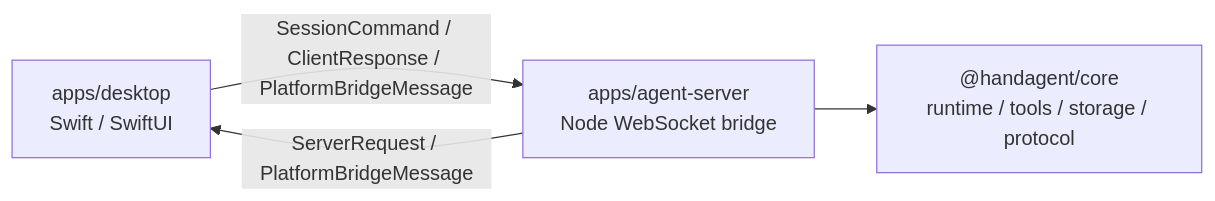
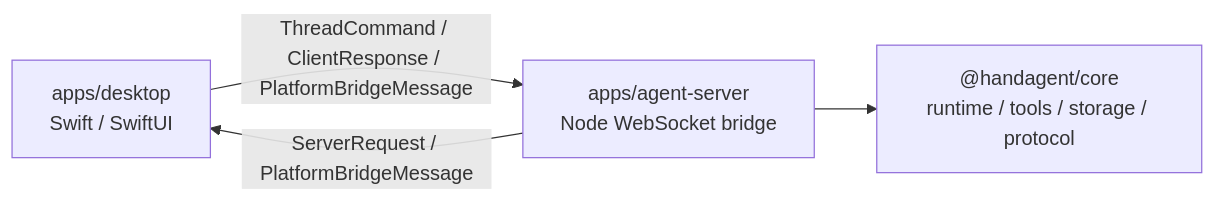
Before and after one commit to Lixuhang987/SpotAgent: the first of 2 diagrams in apps/agent-server/agent-server.md, drawn with Mermaid. The commit also changed other lines of this file and 132 other files, not shown here.

Commit message:
refactor: unify desktop app server around thread protocol

````diff
--- a/apps/agent-server/agent-server.md
+++ b/apps/agent-server/agent-server.md
@@ -16,6 +16,6 @@
 ```mermaid
 flowchart LR
-  A["apps/desktop<br/>Swift / SwiftUI"] -->|"SessionCommand / ClientResponse / PlatformBridgeMessage"| B["apps/agent-server<br/>Node WebSocket bridge"]
+  A["apps/desktop<br/>Swift / SwiftUI"] -->|"ThreadCommand / ClientResponse / PlatformBridgeMessage"| B["apps/agent-server<br/>Node WebSocket bridge"]
   B --> C["@handagent/core<br/>runtime / tools / storage / protocol"]
   B -->|"ServerRequest / PlatformBridgeMessage"| A
 ```
````
